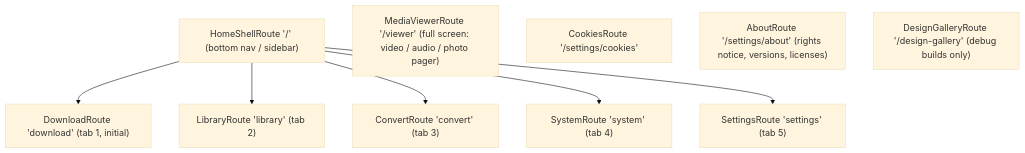
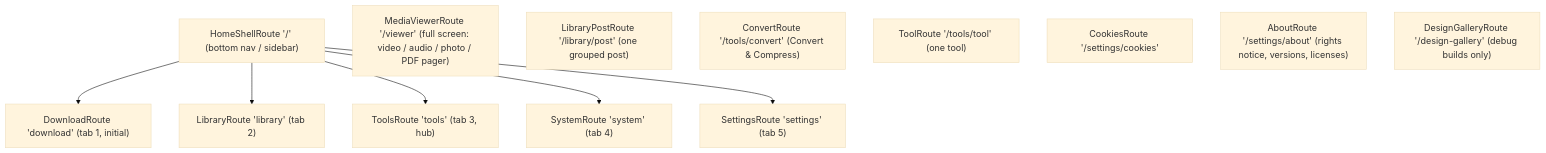
The diagram in docs/core/routing.md (gaurishankar007/Flutter-Media-Downloader), drawn with Mermaid (base theme) before and after one commit. The commit also changed other lines of this file and 16 other files, not shown here.

Commit message:
docs: Tools tab, post page, PDFs and new ffmpeg recipes.

````diff
--- a/docs/core/routing.md
+++ b/docs/core/routing.md
@@ -9,13 +9,16 @@
 ```mermaid
 flowchart TD
     Root["HomeShellRoute '/' (bottom nav / sidebar)"]
     Root --> D["DownloadRoute 'download' (tab 1, initial)"]
     Root --> L["LibraryRoute 'library' (tab 2)"]
-    Root --> C["ConvertRoute 'convert' (tab 3)"]
+    Root --> T["ToolsRoute 'tools' (tab 3, hub)"]
     Root --> Y["SystemRoute 'system' (tab 4)"]
     Root --> S["SettingsRoute 'settings' (tab 5)"]
-    V["MediaViewerRoute '/viewer' (full screen: video / audio / photo pager)"]
+    V["MediaViewerRoute '/viewer' (full screen: video / audio / photo / PDF pager)"]
+    P["LibraryPostRoute '/library/post' (one grouped post)"]
+    C["ConvertRoute '/tools/convert' (Convert & Compress)"]
+    O["ToolRoute '/tools/tool' (one tool)"]
     K["CookiesRoute '/settings/cookies'"]
     A["AboutRoute '/settings/about' (rights notice, versions, licenses)"]
     G["DesignGalleryRoute '/design-gallery' (debug builds only)"]
 ```
````
